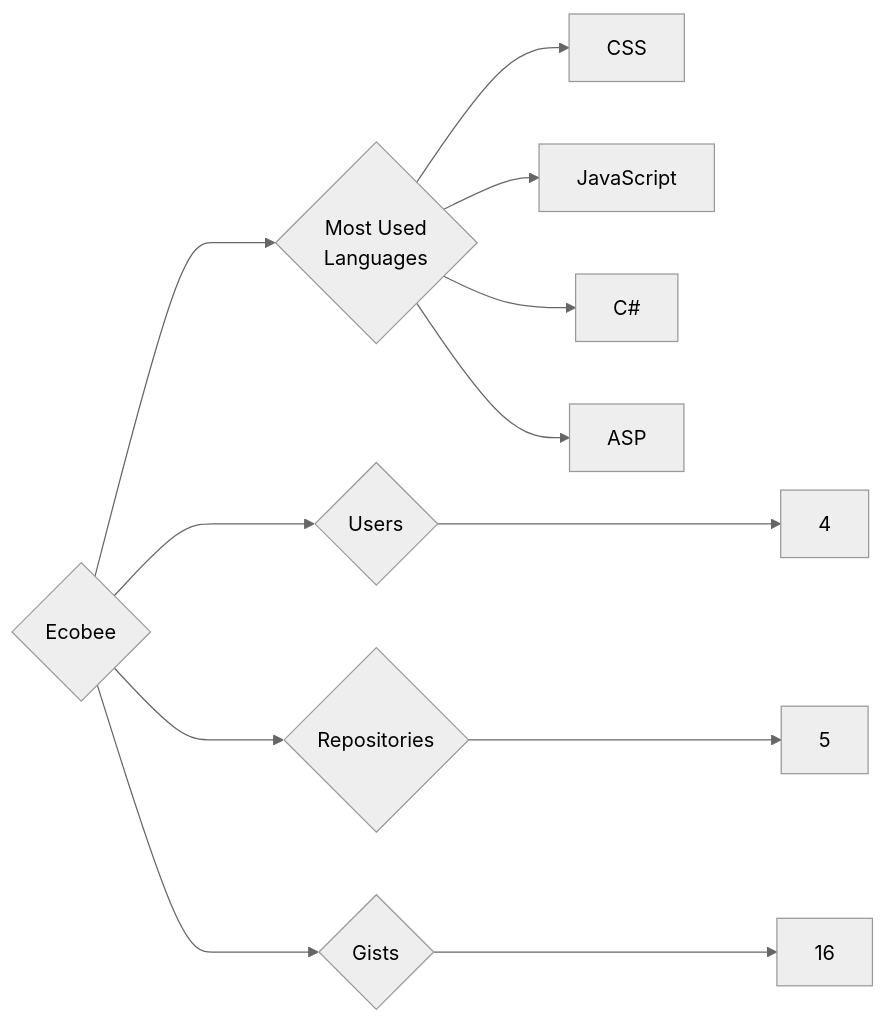
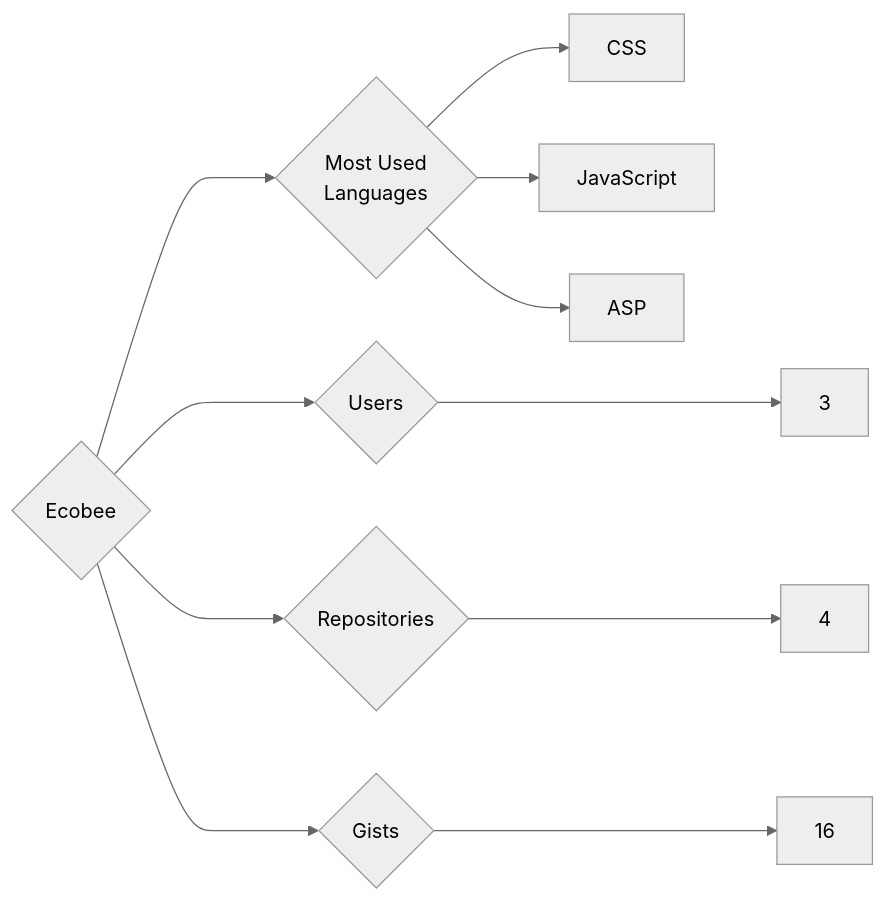
Before and after one commit to trickest/insiders: the diagram in targets/Ecobee/README.md, drawn with Mermaid (neutral theme). The commit also changed 1084 other files, not shown here.

````diff
--- a/targets/Ecobee/README.md
+++ b/targets/Ecobee/README.md
@@ -3,12 +3,11 @@
 ```mermaid
 graph LR
 COMPANY_NAME{Ecobee}
-COMPANY_NAME ---> U{Users} ---> UN[4]
-COMPANY_NAME ---> R{Repositories} ---> RN[5]
+COMPANY_NAME ---> U{Users} ---> UN[3]
+COMPANY_NAME ---> R{Repositories} ---> RN[4]
 COMPANY_NAME ---> G{Gists} ---> GN[16]
 COMPANY_NAME ---> ML{Most Used<br>Languages}
 ML --> CSS[CSS]
 ML --> JavaScript[JavaScript]
-ML --> C#[C#]
 ML --> ASP[ASP]
 ```
````
